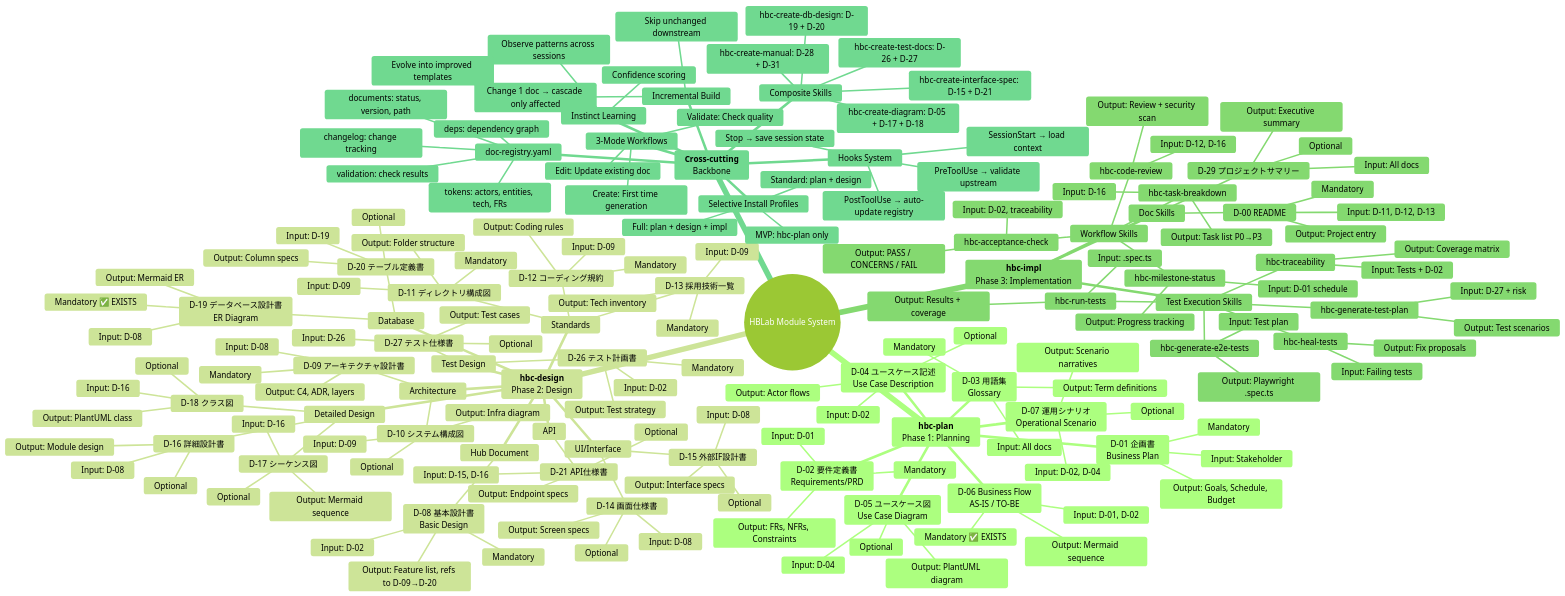
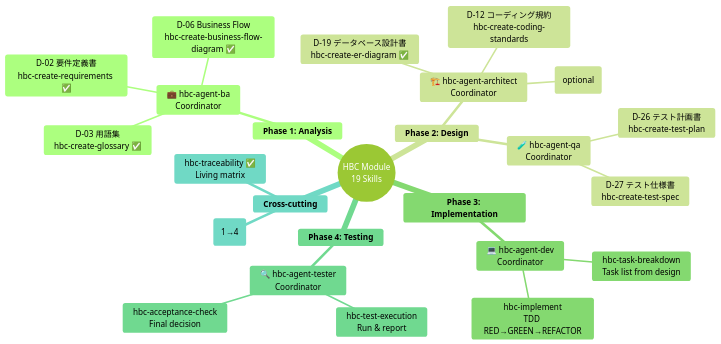
The first of 2 diagrams in _bmad-output/brainstorming/hbc-module-mindmap.md (hanh9898/waterfall-bmad-method), drawn with Mermaid (forest theme) before and after one commit. The commit also changed other lines of this file and 302 other files, not shown here.

First line of the commit message:
feat(hbc-skills): add acceptance check and agent skills, expand API spec

````diff
--- a/_bmad-output/brainstorming/hbc-module-mindmap.md
+++ b/_bmad-output/brainstorming/hbc-module-mindmap.md
@@ -5,178 +15,28 @@
 ```mermaid
 mindmap
-  root((HBLab Module System))
-    **hbc-plan**<br/>Phase 1: Planning
-      D-01 企画書<br/>Business Plan
-        Mandatory
-        Input: Stakeholder
-        Output: Goals, Schedule, Budget
-      D-02 要件定義書<br/>Requirements/PRD
-        Mandatory
-        Input: D-01
-        Output: FRs, NFRs, Constraints
-      D-03 用語集<br/>Glossary
-        Mandatory
-        Input: All docs
-        Output: Term definitions
-      D-04 ユースケース記述<br/>Use Case Description
-        Optional
-        Input: D-02
-        Output: Actor flows
-      D-05 ユースケース図<br/>Use Case Diagram
-        Optional
-        Input: D-04
-        Output: PlantUML diagram
-      D-06 Business Flow<br/>AS-IS / TO-BE
-        Mandatory ✅ EXISTS
-        Input: D-01, D-02
-        Output: Mermaid sequence
-      D-07 運用シナリオ<br/>Operational Scenario
-        Optional
-        Input: D-02, D-04
-        Output: Scenario narratives
-    **hbc-design**<br/>Phase 2: Design
-      Hub Document
-        D-08 基本設計書<br/>Basic Design
-          Mandatory
-          Input: D-02
-          Output: Feature list, refs to D-09→D-20
-      Architecture
-        D-09 アーキテクチャ設計書
-          Mandatory
-          Input: D-08
-          Output: C4, ADR, layers
-        D-10 システム構成図
-          Optional
-          Input: D-09
-          Output: Infra diagram
-      Standards
-        D-11 ディレクトリ構成図
-          Mandatory
-          Input: D-09
-          Output: Folder structure
-        D-12 コーディング規約
-          Mandatory
-          Input: D-09
-          Output: Coding rules
-        D-13 採用技術一覧
-          Mandatory
-          Input: D-09
-          Output: Tech inventory
-      UI/Interface
-        D-14 画面仕様書
-          Optional
-          Input: D-08
-          Output: Screen specs
-        D-15 外部IF設計書
-          Optional
-          Input: D-08
-          Output: Interface specs
-      Detailed Design
-        D-16 詳細設計書
-          Optional
-          Input: D-08
-          Output: Module design
-        D-17 シーケンス図
-          Optional
-          Input: D-16
-          Output: Mermaid sequence
-        D-18 クラス図
-          Optional
-          Input: D-16
-          Output: PlantUML class
-      Database
-        D-19 データベース設計書<br/>ER Diagram
-          Mandatory ✅ EXISTS
-          Input: D-08
-          Output: Mermaid ER
-        D-20 テーブル定義書
-          Optional
-          Input: D-19
-          Output: Column specs
-      API
-        D-21 API仕様書
-          Optional
-          Input: D-15, D-16
-          Output: Endpoint specs
-      Test Design
-        D-26 テスト計画書
-          Mandatory
-          Input: D-02
-          Output: Test strategy
-        D-27 テスト仕様書
-          Optional
-          Input: D-26
-          Output: Test cases
-    **hbc-impl**<br/>Phase 3: Implementation
-      Doc Skills
-        D-00 README
-          Mandatory
-          Input: D-11, D-12, D-13
-          Output: Project entry
-        D-29 プロジェクトサマリー
-          Optional
-          Input: All docs
-          Output: Executive summary
-      Workflow Skills
-        hbc-task-breakdown
-          Input: D-16
-          Output: Task list P0→P3
-        hbc-code-review
-          Input: D-12, D-16
-          Output: Review + security scan
-        hbc-milestone-status
-          Input: D-01 schedule
-          Output: Progress tracking
-        hbc-acceptance-check
-          Input: D-02, traceability
-          Output: PASS / CONCERNS / FAIL
-      Test Execution Skills
-        hbc-generate-test-plan
-          Input: D-27 + risk
-          Output: Test scenarios
-        hbc-generate-e2e-tests
-          Input: Test plan
-          Output: Playwright .spec.ts
-        hbc-run-tests
-          Input: .spec.ts
-          Output: Results + coverage
-        hbc-heal-tests
-          Input: Failing tests
-          Output: Fix proposals
-        hbc-traceability
-          Input: Tests + D-02
-          Output: Coverage matrix
-    **Cross-cutting**<br/>Backbone
-      doc-registry.yaml
-        documents: status, version, path
-        tokens: actors, entities, tech, FRs
-        deps: dependency graph
-        changelog: change tracking
-        validation: check results
-      Hooks System
-        PostToolUse → auto-update registry
-        PreToolUse → validate upstream
-        Stop → save session state
-        SessionStart → load context
-      3-Mode Workflows
-        Create: First time generation
-        Edit: Update existing doc
-        Validate: Check quality
-      Incremental Build
-        Change 1 doc → cascade only affected
-        Skip unchanged downstream
-      Composite Skills
-        hbc-create-diagram: D-05 + D-17 + D-18
-        hbc-create-db-design: D-19 + D-20
-        hbc-create-manual: D-28 + D-31
-        hbc-create-interface-spec: D-15 + D-21
-        hbc-create-test-docs: D-26 + D-27
-      Instinct Learning
-        Observe patterns across sessions
-        Confidence scoring
-        Evolve into improved templates
-      Selective Install Profiles
-        MVP: hbc-plan only
-        Standard: plan + design
-        Full: plan + design + impl
+  root((HBC Module<br/>19 Skills))
+    **Phase 1: Analysis**
+      💼 hbc-agent-ba<br/>Coordinator
+        D-02 要件定義書<br/>hbc-create-requirements ✅
+        D-03 用語集<br/>hbc-create-glossary ✅
+        D-06 Business Flow<br/>hbc-create-business-flow-diagram ✅
+    **Phase 2: Design**
+      🏗️ hbc-agent-architect<br/>Coordinator
+        D-19 データベース設計書<br/>hbc-create-er-diagram ✅
+        D-12 コーディング規約<br/>hbc-create-coding-standards
+        D-21 API仕様書<br/>hbc-create-api-spec (optional)
+      🧪 hbc-agent-qa<br/>Coordinator
+        D-26 テスト計画書<br/>hbc-create-test-plan
+        D-27 テスト仕様書<br/>hbc-create-test-spec
+    **Phase 3: Implementation**
+      💻 hbc-agent-dev<br/>Coordinator
+        hbc-task-breakdown<br/>Task list from design
+        hbc-implement<br/>TDD RED→GREEN→REFACTOR
+    **Phase 4: Testing**
+      🔍 hbc-agent-tester<br/>Coordinator
+        hbc-test-execution<br/>Run & report
+        hbc-acceptance-check<br/>Final decision
+    **Cross-cutting**
+      hbc-phase-gate ✅<br/>Gate engine (1→4)
+      hbc-traceability ✅<br/>Living matrix
 ```
````
